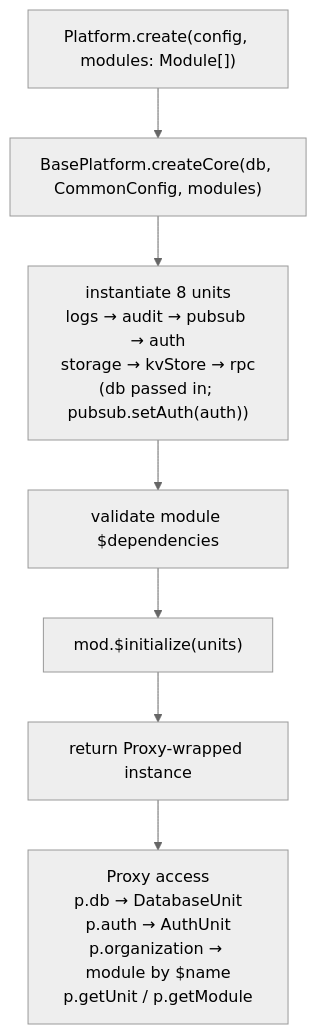
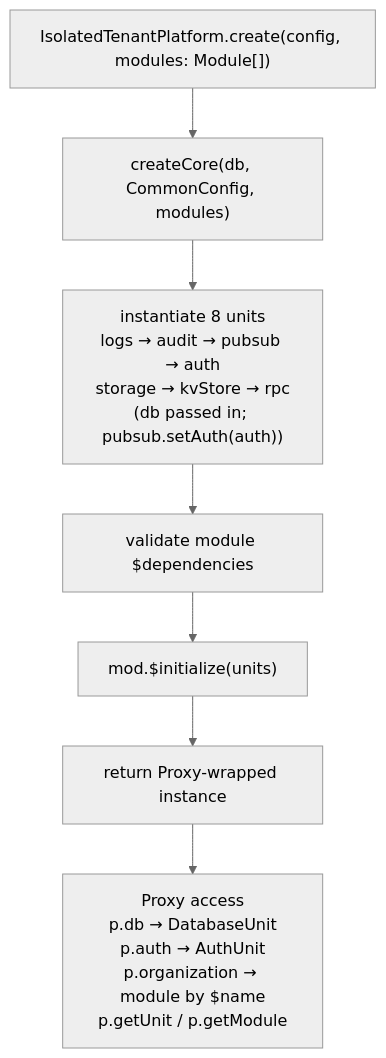
One commit to AdityaBorkar/aspen-os changed the first of 3 diagrams in packages/platform/docs/overview.mdx. Above: the diagram before and after it, drawn with Mermaid (neutral theme). The commit also changed other lines of this file and 44 other files, not shown here.

````diff
--- a/packages/platform/docs/overview.mdx
+++ b/packages/platform/docs/overview.mdx
@@ -78,9 +72,9 @@
 ```mermaid
 flowchart TB
-  Create["Platform.create(config, modules: Module[])"] --> Core["BasePlatform.createCore(db, CommonConfig, modules)"]
+  Create["IsolatedTenantPlatform.create(config, modules: Module[])"] --> Core["createCore(db, CommonConfig, modules)"]
   Core --> Units["instantiate 8 units\nlogs → audit → pubsub → auth\nstorage → kvStore → rpc\n(db passed in; pubsub.setAuth(auth))"]
   Units --> Validate["validate module $dependencies"]
   Validate --> Init["mod.$initialize(units)"]
   Init --> Proxy["return Proxy-wrapped instance"]
   Proxy --> Access["Proxy access\np.db → DatabaseUnit\np.auth → AuthUnit\np.organization → module by $name\np.getUnit / p.getModule"]
 ```
````
